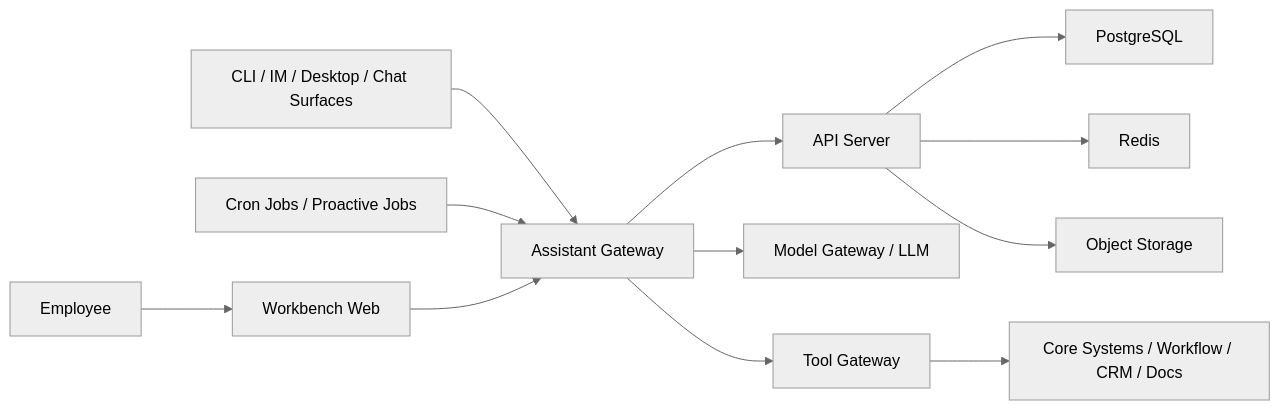
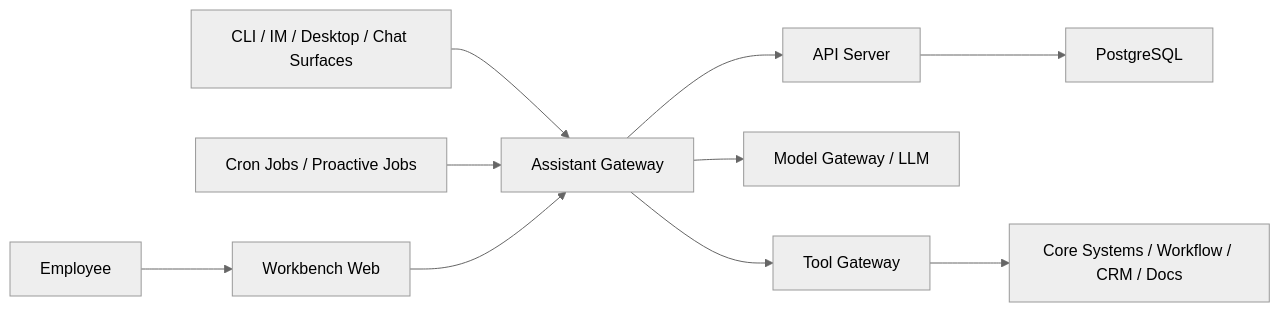
Before and after one commit to gckjdev/bank-openclaw: the first of 3 diagrams in docs/banking-openclaw-mvp-engineering-architecture.md, drawn with Mermaid (neutral theme). The commit also changed other lines of this file and 6 other files, not shown here.

````diff
--- a/docs/banking-openclaw-mvp-engineering-architecture.md
+++ b/docs/banking-openclaw-mvp-engineering-architecture.md
@@ -217,14 +236,12 @@
 ```mermaid
 flowchart LR
     user["Employee"] --> web["Workbench Web"]
     cli["CLI / IM / Desktop / Chat Surfaces"] --> gateway["Assistant Gateway"]
     cron["Cron Jobs / Proactive Jobs"] --> gateway
     web --> gateway
     gateway --> api["API Server"]
     gateway --> llm["Model Gateway / LLM"]
     gateway --> tool["Tool Gateway"]
     api --> pg["PostgreSQL"]
-    api --> redis["Redis"]
-    api --> obj["Object Storage"]
     tool --> core["Core Systems / Workflow / CRM / Docs"]
 ```
````
